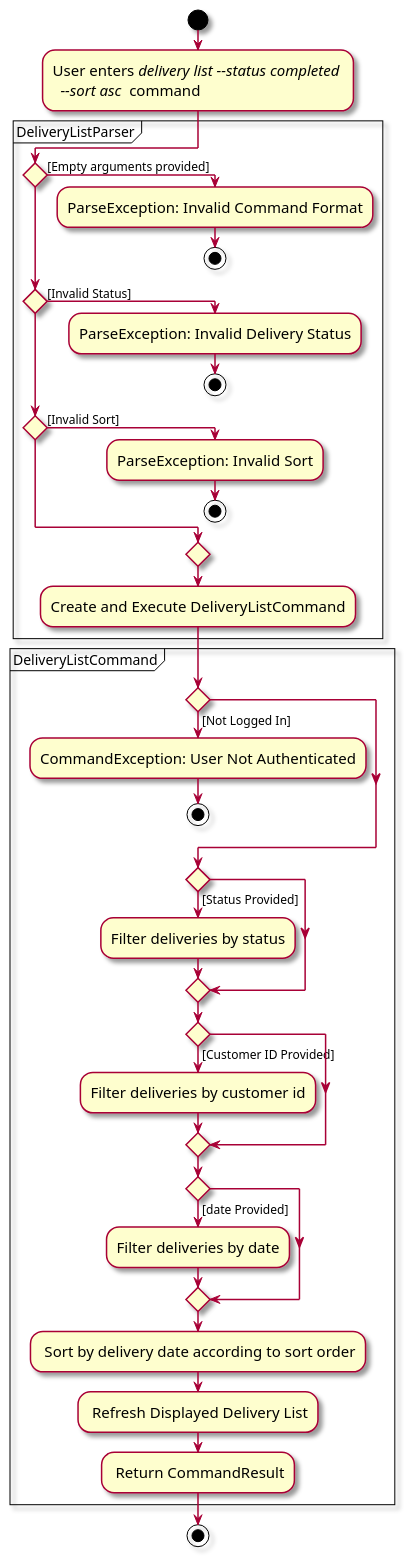
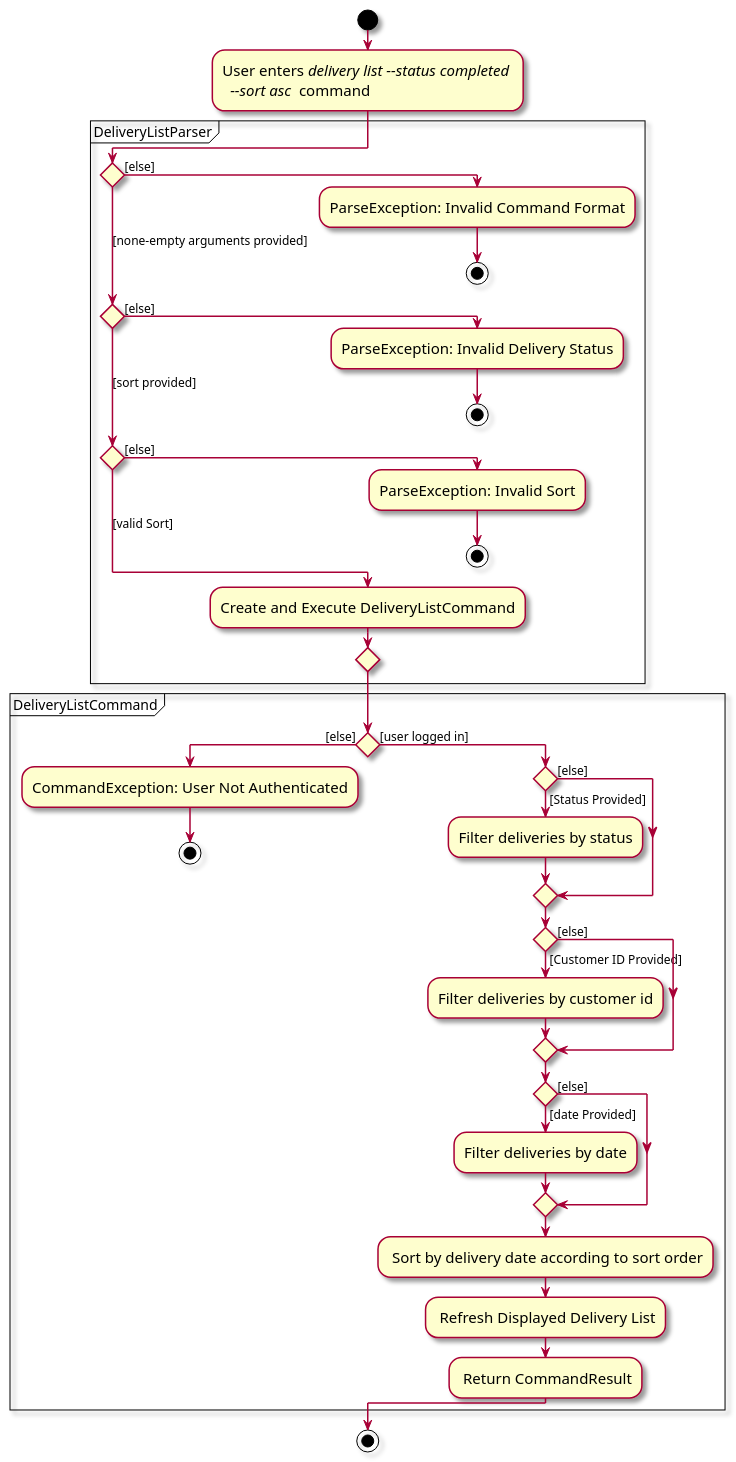
One commit to zhonghan721/tp changed the diagram in docs/diagrams/implementation/delivery/DeliveryListActivityDiagram.puml. Above: the diagram before and after it, drawn with PlantUML. The commit also changed 1 other file, not shown here.

Commit message:
Fix branch activity diagram

```diff
--- a/docs/diagrams/implementation/delivery/DeliveryListActivityDiagram.puml
+++ b/docs/diagrams/implementation/delivery/DeliveryListActivityDiagram.puml
@@ -1,46 +1,53 @@
 @startuml
 skin rose
 skinparam ActivityFontSize 15
 skinparam ArrowFontSize 12
 
 !pragma useVerticalIf on
 start
 :User enters <i>delivery list --status completed \n <i> --sort asc </i> command;
 partition DeliveryListParser {
-    if () then ([Empty arguments provided])
+    if () then ([else])
         :ParseException: Invalid Command Format;
         stop
-    elseif () then ([Invalid Status])
+    ([none-empty arguments provided]) elseif () then ([else])
         :ParseException: Invalid Delivery Status;
         stop
-    elseif () then ([Invalid Sort])
+    ([sort provided]) elseif () then ([else])
         :ParseException: Invalid Sort;
         stop
-    endif
-    :Create and Execute DeliveryListCommand;
+    else ([valid Sort])
+        :Create and Execute DeliveryListCommand;
+        endif
 }
 
 partition DeliveryListCommand {
-    if () then ([Not Logged In])
+    if () then ([else])
         :CommandException: User Not Authenticated;
         stop
-    endif
+    else ([user logged in])
 
     if () then ([Status Provided])
         :Filter deliveries by status;
+    else ([else])
     endif
 
     if () then ([Customer ID Provided])
         :Filter deliveries by customer id;
+    else ([else])
     endif
+
     if () then ([date Provided])
         :Filter deliveries by date;
+    else ([else])
     endif
         : Sort by delivery date according to sort order;
         : Refresh Displayed Delivery List;
         : Return CommandResult;
+    endif
+
 }
 
 stop
 
 @enduml
```
